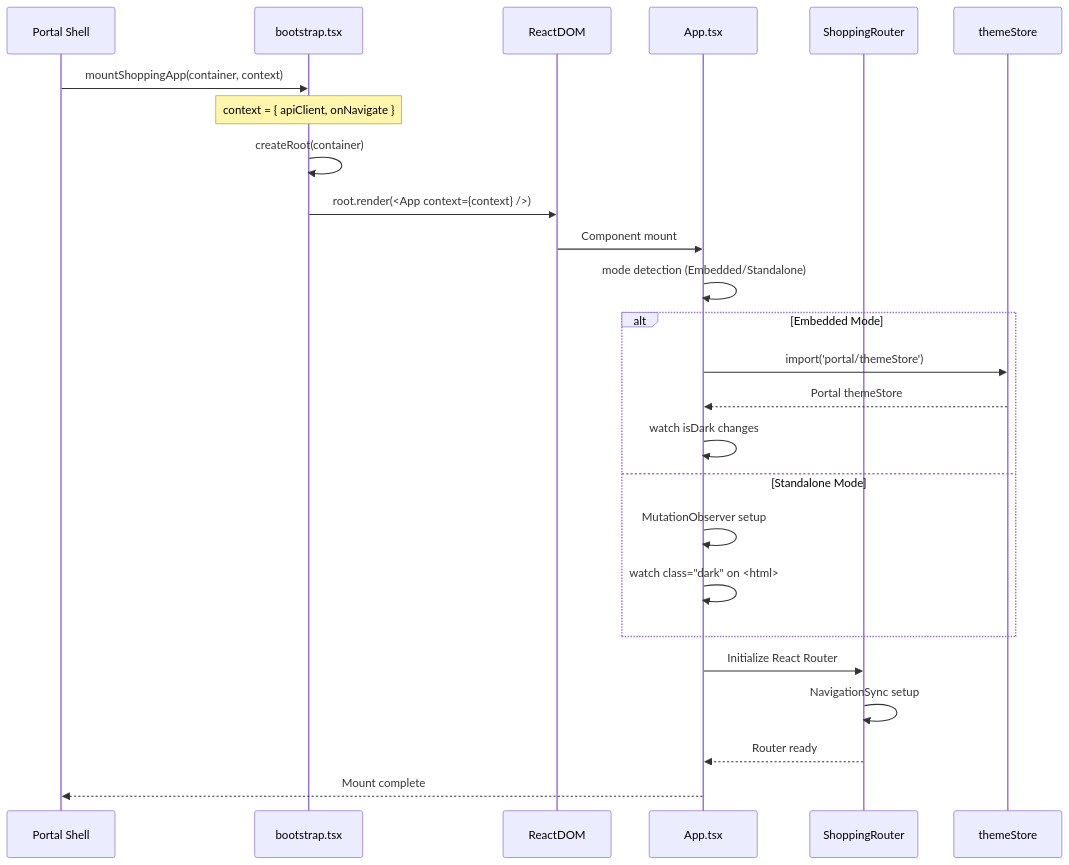
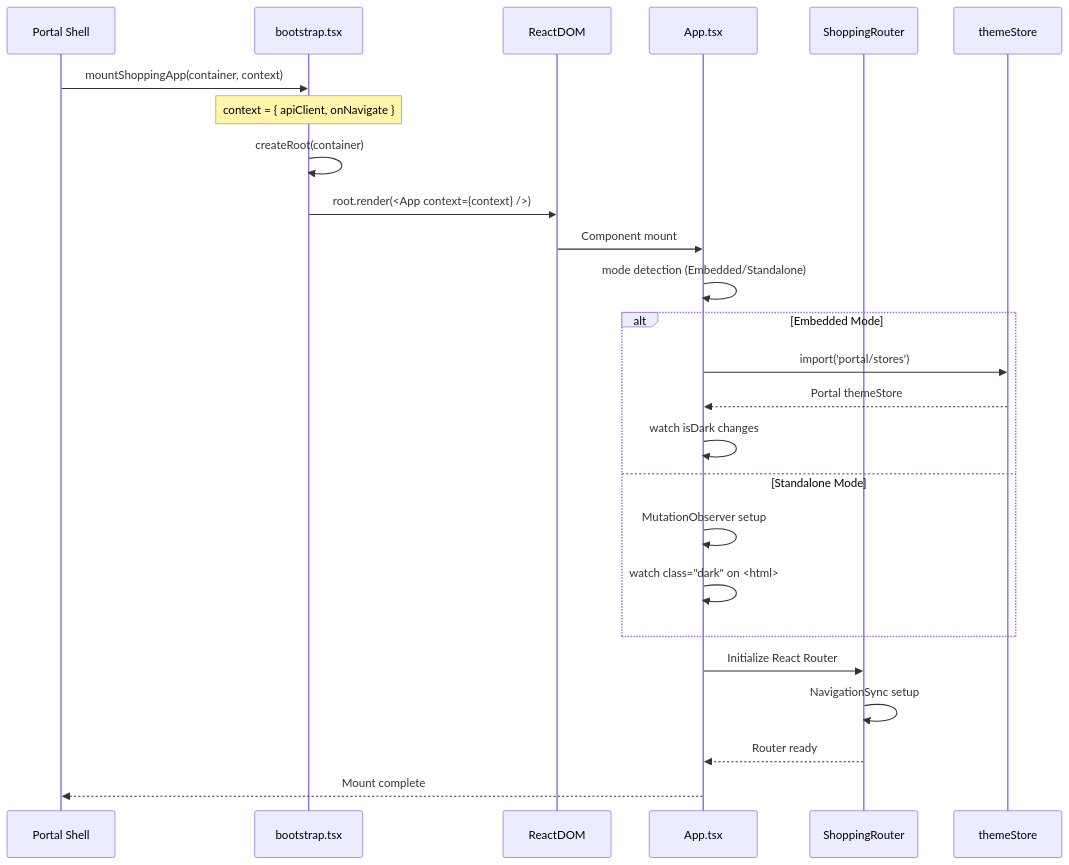
The second of 7 diagrams in frontend/shopping-frontend/docs/architecture/data-flow.md (L-a-z-e/portal-universe), drawn with Mermaid before and after one commit. The commit also changed other lines of this file and 9 other files, not shown here.

````diff
--- a/frontend/shopping-frontend/docs/architecture/data-flow.md
+++ b/frontend/shopping-frontend/docs/architecture/data-flow.md
@@ -79,30 +79,30 @@
 ```mermaid
 sequenceDiagram
     participant PS as Portal Shell
     participant BS as bootstrap.tsx
     participant RD as ReactDOM
     participant APP as App.tsx
     participant RT as ShoppingRouter
     participant TS as themeStore
 
     PS->>BS: mountShoppingApp(container, context)
     Note over BS: context = { apiClient, onNavigate }
     BS->>BS: createRoot(container)
     BS->>RD: root.render(<App context={context} />)
     RD->>APP: Component mount
     APP->>APP: mode detection (Embedded/Standalone)
 
     alt Embedded Mode
-        APP->>TS: import('portal/themeStore')
+        APP->>TS: import('portal/stores')
         TS-->>APP: Portal themeStore
         APP->>APP: watch isDark changes
     else Standalone Mode
         APP->>APP: MutationObserver setup
         APP->>APP: watch class="dark" on <html>
     end
 
     APP->>RT: Initialize React Router
     RT->>RT: NavigationSync setup
     RT-->>APP: Router ready
     APP-->>PS: Mount complete
 ```
````
